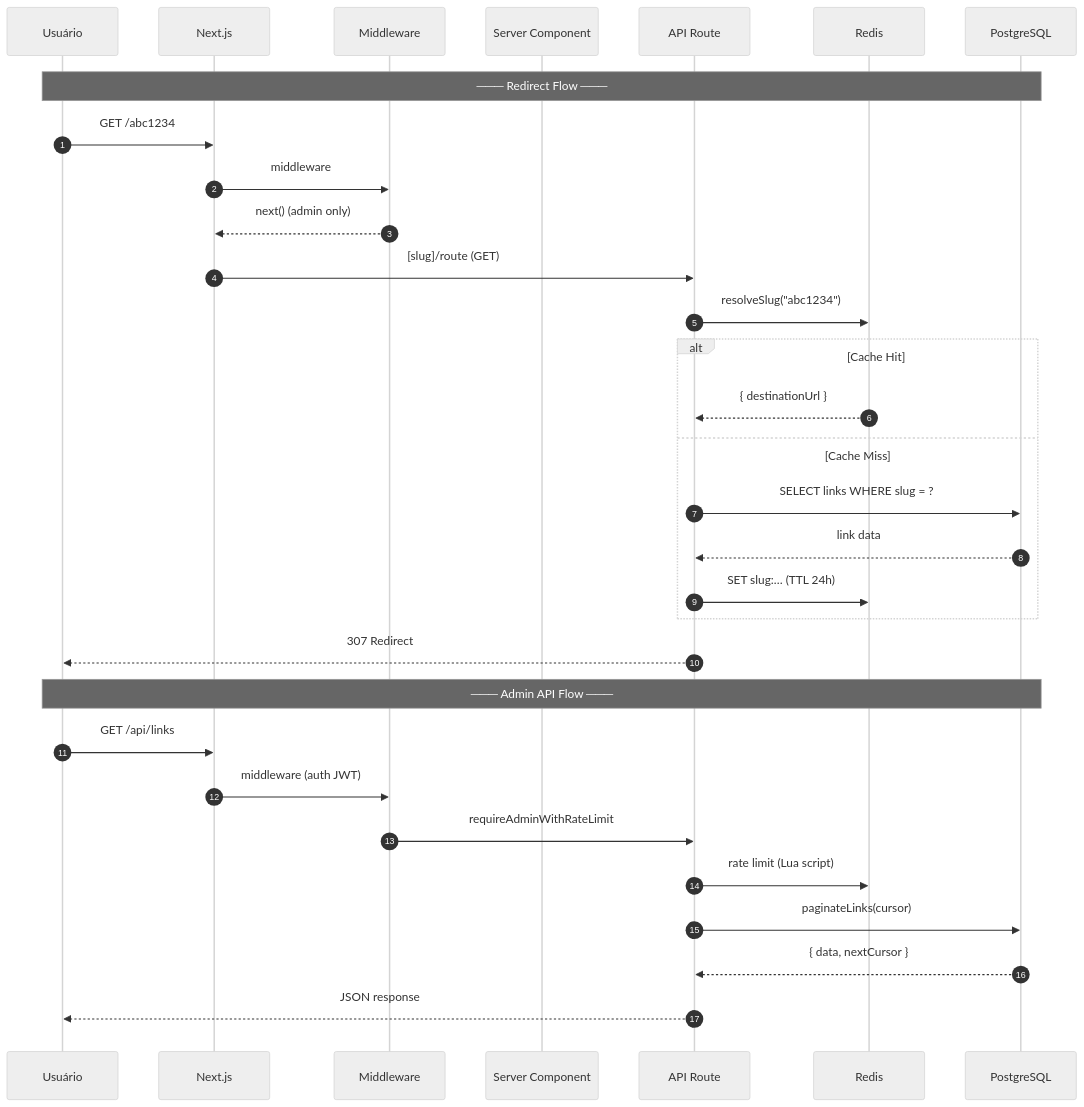
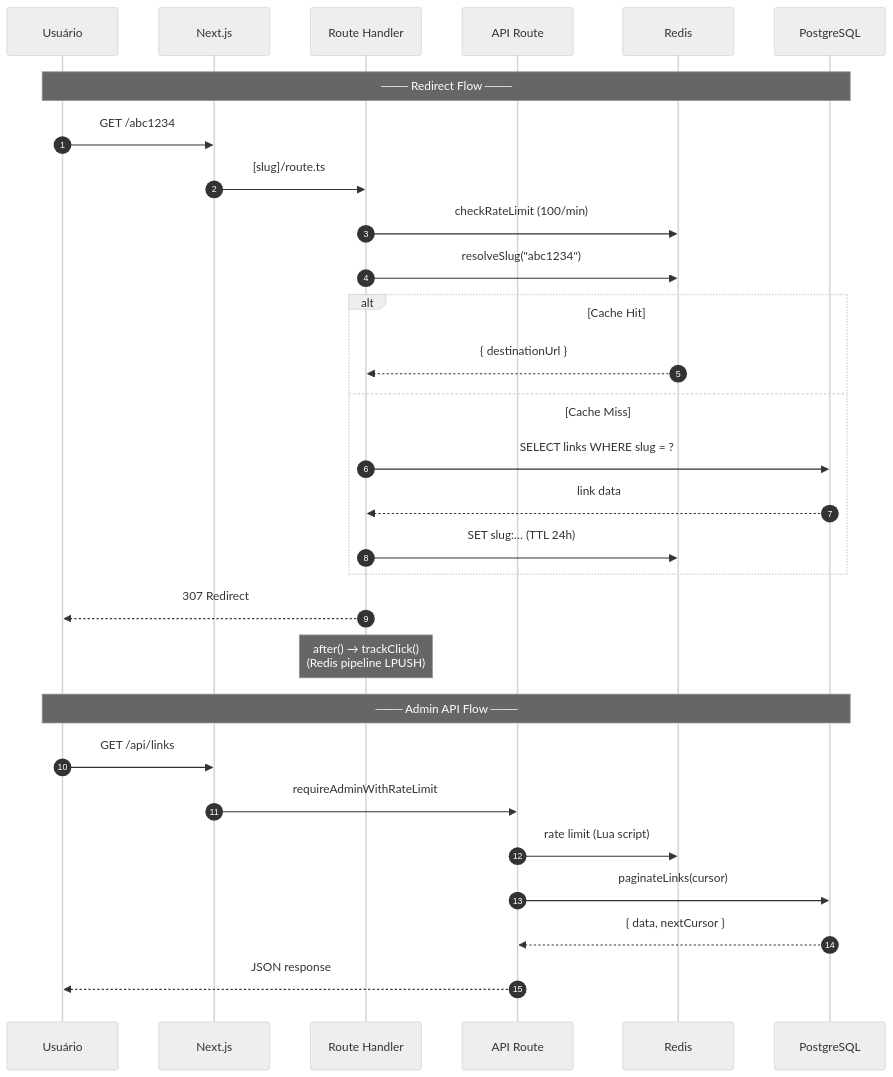
Before and after one commit to eduardoaugustolb/encurtador-url: the second of 2 diagrams in docs/arquitetura.md, drawn with Mermaid (neutral theme). The commit also changed other lines of this file and 13 other files, not shown here.

````diff
--- a/docs/arquitetura.md
+++ b/docs/arquitetura.md
@@ -72,39 +74,37 @@
 ```mermaid
 %%{init: {'sequence': {'actorMargin': 55, 'boxMargin': 22}}}%%
 sequenceDiagram
     autonumber
     participant U as Usuário
     participant N as Next.js
-    participant MW as Middleware
-    participant SC as Server Component
+    participant RH as Route Handler
     participant API as API Route
     participant R as Redis
     participant P as PostgreSQL
 
     Note over U,P: ─── Redirect Flow ───
     U->>N: GET /abc1234
-    N->>MW: middleware
-    MW-->>N: next() (admin only)
-    N->>API: [slug]/route (GET)
+    N->>RH: [slug]/route.ts
 
-    API->>R: resolveSlug("abc1234")
+    RH->>R: checkRateLimit (100/min)
+    RH->>R: resolveSlug("abc1234")
     alt Cache Hit
-        R-->>API: { destinationUrl }
+        R-->>RH: { destinationUrl }
     else Cache Miss
-        API->>P: SELECT links WHERE slug = ?
-        P-->>API: link data
-        API->>R: SET slug:… (TTL 24h)
+        RH->>P: SELECT links WHERE slug = ?
+        P-->>RH: link data
+        RH->>R: SET slug:… (TTL 24h)
     end
 
-    API-->>U: 307 Redirect
+    RH-->>U: 307 Redirect
+    Note over RH: after() → trackClick()<br/>(Redis pipeline LPUSH)
 
     Note over U,P: ─── Admin API Flow ───
     U->>N: GET /api/links
-    N->>MW: middleware (auth JWT)
-    MW->>API: requireAdminWithRateLimit
+    N->>API: requireAdminWithRateLimit
 
     API->>R: rate limit (Lua script)
     API->>P: paginateLinks(cursor)
     P-->>API: { data, nextCursor }
     API-->>U: JSON response
 ```
````
